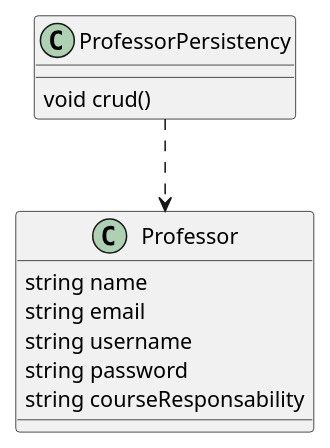
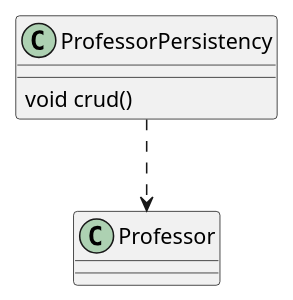
One commit to rodrigoRolim/complementary-activities changed the diagram in items/Professor/ProfessorLogin/ProfessorLogin.wsd. Above: the diagram before and after it, drawn with PlantUML. The commit also changed 12 other files, not shown here.

```diff
--- a/items/Professor/ProfessorLogin/ProfessorLogin.wsd
+++ b/items/Professor/ProfessorLogin/ProfessorLogin.wsd
@@ -1,13 +1,7 @@
 @startuml
-Class Professor {
- string name
- string email
- string username
- string password
- string courseResponsability
-}
+Class Professor 
 Class ProfessorPersistency {
  void crud()
 }
 ProfessorPersistency ..> Professor 
 @enduml
```
